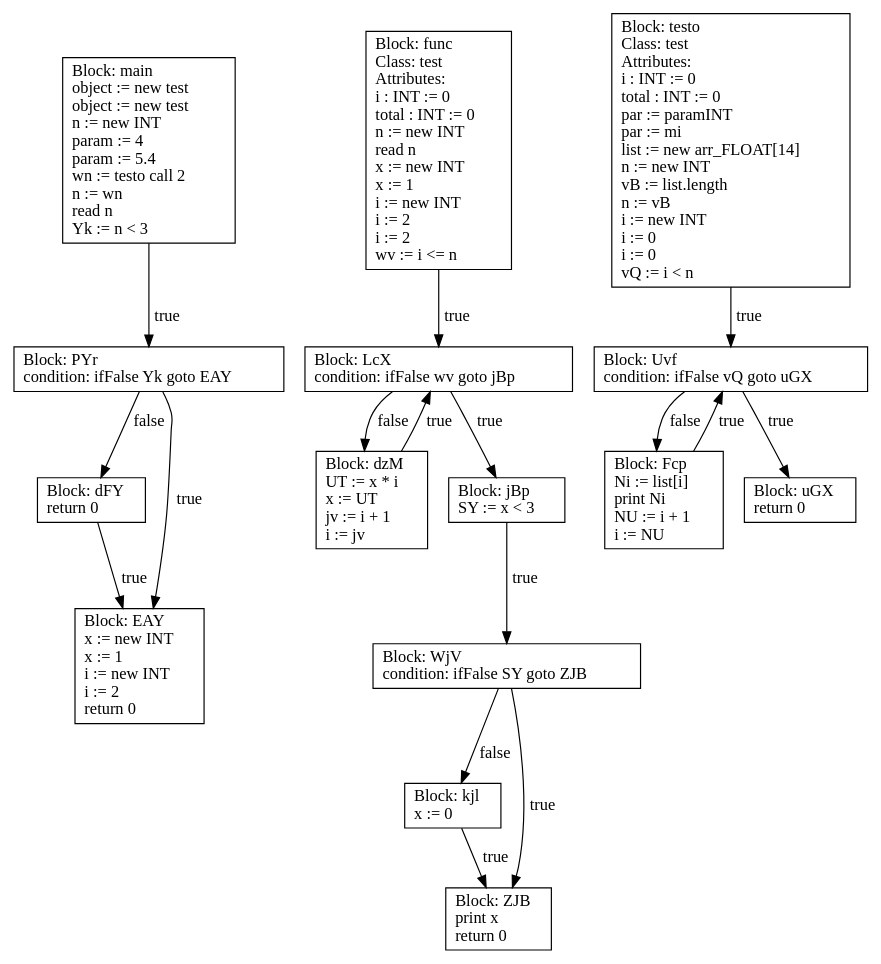
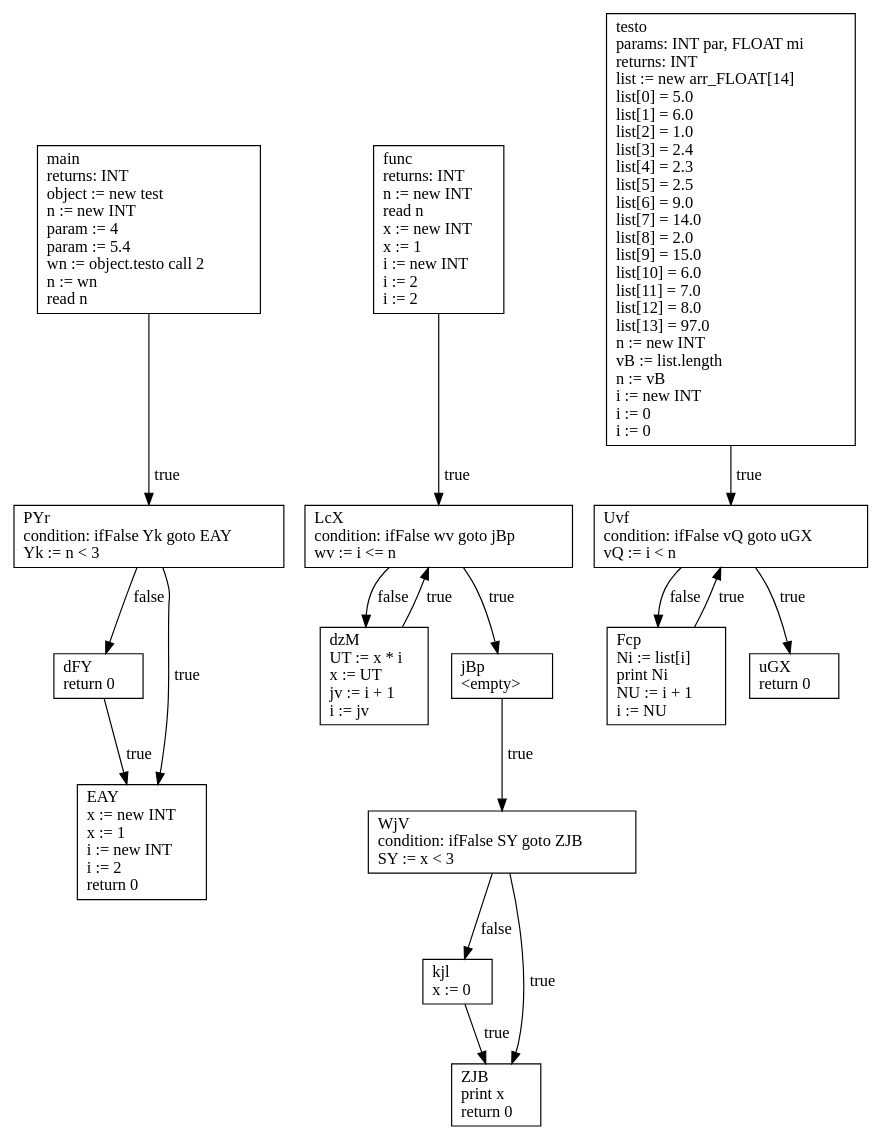
The diagram in cfg.dot (Lambda-tron/cpm-compiler), drawn with Graphviz before and after one commit. The commit also changed 10 other files, not shown here.

```diff
--- a/cfg.dot
+++ b/cfg.dot
@@ -1,34 +1,34 @@
 digraph CFG {
     node [shape=box];
-    n0 [label="Block: main\lobject := new test\lobject := new test\ln := new INT\lparam := 4\lparam := 5.4\lwn := testo call 2\ln := wn\lread n\lYk := n < 3\l"];
-    n1 [label="Block: PYr\lcondition: ifFalse Yk goto EAY\l"];
-    n2 [label="Block: dFY\lreturn 0\l"];
-    n3 [label="Block: EAY\lx := new INT\lx := 1\li := new INT\li := 2\lreturn 0\l"];
-    n4 [label="Block: func\lClass: test\lAttributes:\li : INT := 0\ltotal : INT := 0\ln := new INT\lread n\lx := new INT\lx := 1\li := new INT\li := 2\li := 2\lwv := i <= n\l"];
-    n5 [label="Block: LcX\lcondition: ifFalse wv goto jBp\l"];
-    n6 [label="Block: dzM\lUT := x * i\lx := UT\ljv := i + 1\li := jv\l"];
-    n7 [label="Block: jBp\lSY := x < 3\l"];
-    n8 [label="Block: WjV\lcondition: ifFalse SY goto ZJB\l"];
-    n9 [label="Block: kjl\lx := 0\l"];
-    n10 [label="Block: ZJB\lprint x\lreturn 0\l"];
-    n11 [label="Block: testo\lClass: test\lAttributes:\li : INT := 0\ltotal : INT := 0\lpar := paramINT\lpar := mi\llist := new arr_FLOAT[14]\ln := new INT\lvB := list.length\ln := vB\li := new INT\li := 0\li := 0\lvQ := i < n\l"];
-    n12 [label="Block: Uvf\lcondition: ifFalse vQ goto uGX\l"];
-    n13 [label="Block: Fcp\lNi := list[i]\lprint Ni\lNU := i + 1\li := NU\l"];
-    n14 [label="Block: uGX\lreturn 0\l"];
+    n0 [label="main\lreturns: INT\lobject := new test\ln := new INT\lparam := 4\lparam := 5.4\lwn := object.testo call 2\ln := wn\lread n\l"];
+    n1 [label="PYr\lcondition: ifFalse Yk goto EAY\lYk := n < 3\l"];
+    n2 [label="dFY\lreturn 0\l"];
+    n3 [label="EAY\lx := new INT\lx := 1\li := new INT\li := 2\lreturn 0\l"];
+    n4 [label="func\lreturns: INT\ln := new INT\lread n\lx := new INT\lx := 1\li := new INT\li := 2\li := 2\l"];
+    n5 [label="LcX\lcondition: ifFalse wv goto jBp\lwv := i <= n\l"];
+    n6 [label="dzM\lUT := x * i\lx := UT\ljv := i + 1\li := jv\l"];
+    n7 [label="jBp\l<empty>\l"];
+    n8 [label="WjV\lcondition: ifFalse SY goto ZJB\lSY := x < 3\l"];
+    n9 [label="kjl\lx := 0\l"];
+    n10 [label="ZJB\lprint x\lreturn 0\l"];
+    n11 [label="testo\lparams: INT par, FLOAT mi\lreturns: INT\llist := new arr_FLOAT[14]\llist[0] = 5.0\llist[1] = 6.0\llist[2] = 1.0\llist[3] = 2.4\llist[4] = 2.3\llist[5] = 2.5\llist[6] = 9.0\llist[7] = 14.0\llist[8] = 2.0\llist[9] = 15.0\llist[10] = 6.0\llist[11] = 7.0\llist[12] = 8.0\llist[13] = 97.0\ln := new INT\lvB := list.length\ln := vB\li := new INT\li := 0\li := 0\l"];
+    n12 [label="Uvf\lcondition: ifFalse vQ goto uGX\lvQ := i < n\l"];
+    n13 [label="Fcp\lNi := list[i]\lprint Ni\lNU := i + 1\li := NU\l"];
+    n14 [label="uGX\lreturn 0\l"];
     n0 -> n1 [label="true"];
     n1 -> n3 [label="true"];
     n1 -> n2 [label="false"];
     n2 -> n3 [label="true"];
     n4 -> n5 [label="true"];
     n5 -> n7 [label="true"];
     n5 -> n6 [label="false"];
     n6 -> n5 [label="true"];
     n7 -> n8 [label="true"];
     n8 -> n10 [label="true"];
     n8 -> n9 [label="false"];
     n9 -> n10 [label="true"];
     n11 -> n12 [label="true"];
     n12 -> n14 [label="true"];
     n12 -> n13 [label="false"];
     n13 -> n12 [label="true"];
 }
```
